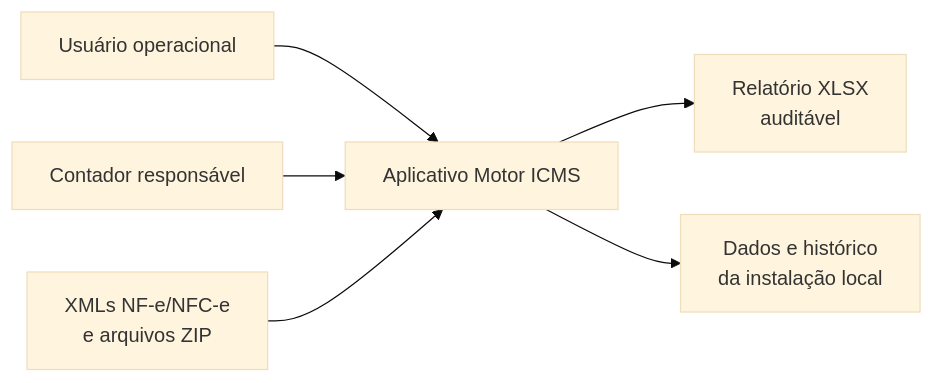
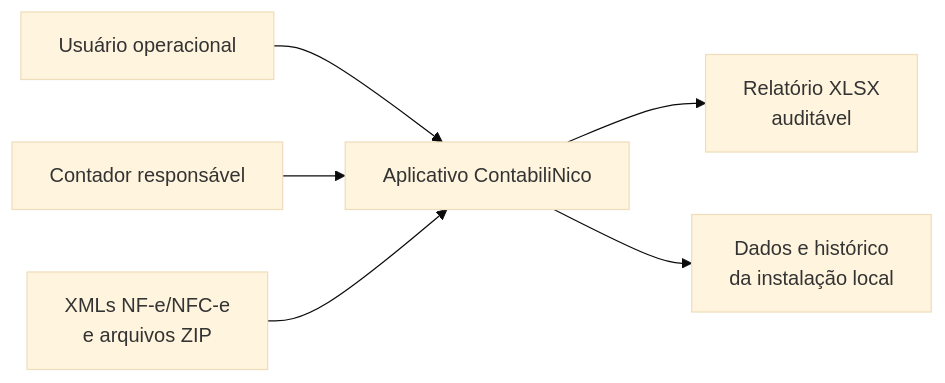
Before and after one commit to nicosikmoraes/motor-calculo-icms: the first of 3 diagrams in docs/architecture.md, drawn with Mermaid (base theme). The commit also changed other lines of this file and 35 other files, not shown here.

Commit message:
feat: consolida persistência e adota marca ContabiliNico

````diff
--- a/docs/architecture.md
+++ b/docs/architecture.md
@@ -23,8 +23,8 @@
 ```mermaid
 flowchart LR
-    OP["Usuário operacional"] --> APP["Aplicativo Motor ICMS"]
+    OP["Usuário operacional"] --> APP["Aplicativo ContabiliNico"]
     CT["Contador responsável"] --> APP
     XML["XMLs NF-e/NFC-e<br/>e arquivos ZIP"] --> APP
     APP --> XLSX["Relatório XLSX<br/>auditável"]
     APP --> LOCAL["Dados e histórico<br/>da instalação local"]
 ```
````
